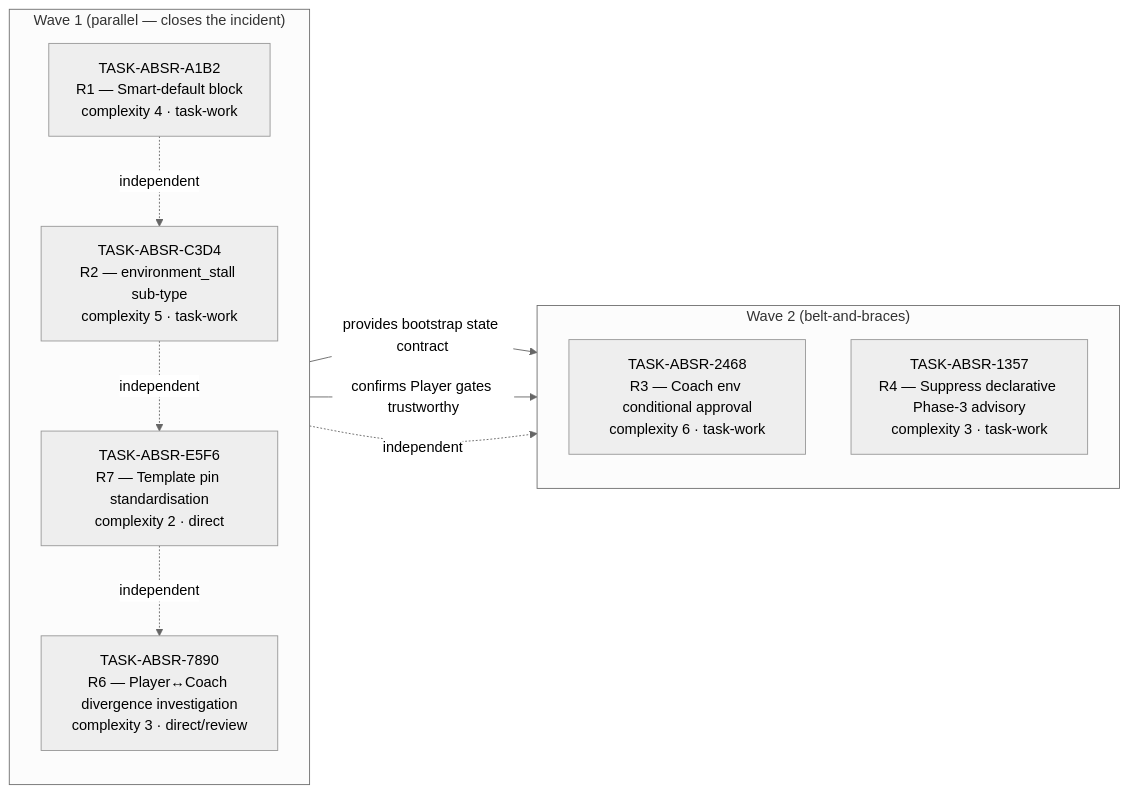
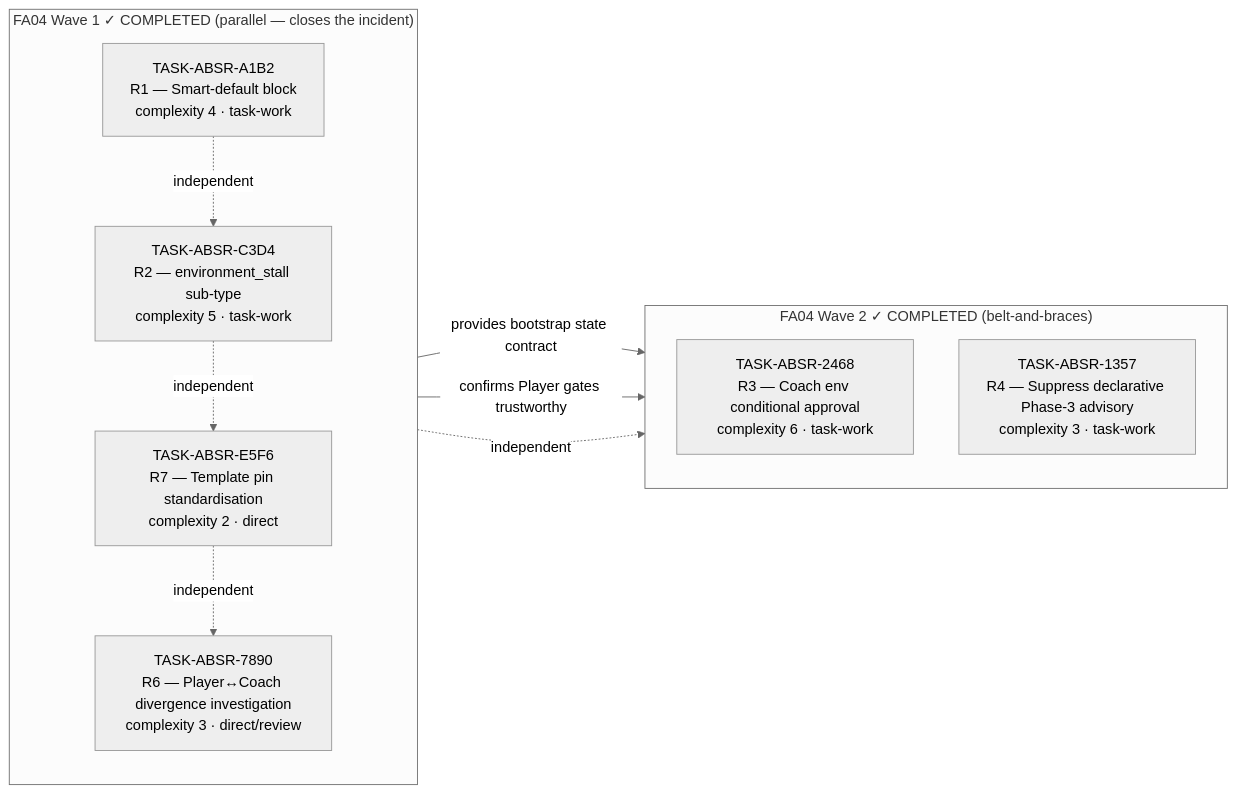
The diagram in tasks/backlog/autobuild-stall-resilience/IMPLEMENTATION-GUIDE.md (guardkit/guardkit), drawn with Mermaid (neutral theme) before and after one commit. The commit also changed other lines of this file and 22 other files, not shown here.

````diff
--- a/tasks/backlog/autobuild-stall-resilience/IMPLEMENTATION-GUIDE.md
+++ b/tasks/backlog/autobuild-stall-resilience/IMPLEMENTATION-GUIDE.md
@@ -13,22 +32,22 @@
 ```mermaid
 flowchart LR
-    subgraph wave1 ["Wave 1 (parallel — closes the incident)"]
+    subgraph wave1 ["FA04 Wave 1 ✓ COMPLETED (parallel — closes the incident)"]
         direction TB
         A1[TASK-ABSR-A1B2<br/>R1 — Smart-default block<br/>complexity 4 · task-work]
         C3[TASK-ABSR-C3D4<br/>R2 — environment_stall sub-type<br/>complexity 5 · task-work]
         E5[TASK-ABSR-E5F6<br/>R7 — Template pin standardisation<br/>complexity 2 · direct]
         N7[TASK-ABSR-7890<br/>R6 — Player↔Coach divergence investigation<br/>complexity 3 · direct/review]
     end
-    subgraph wave2 ["Wave 2 (belt-and-braces)"]
+    subgraph wave2 ["FA04 Wave 2 ✓ COMPLETED (belt-and-braces)"]
         direction TB
         N2[TASK-ABSR-2468<br/>R3 — Coach env conditional approval<br/>complexity 6 · task-work]
         N1[TASK-ABSR-1357<br/>R4 — Suppress declarative Phase-3 advisory<br/>complexity 3 · task-work]
     end
 
     A1 -->|provides bootstrap state contract| N2
     N7 -->|confirms Player gates trustworthy| N2
     A1 -.->|independent| C3
     C3 -.->|independent| E5
     E5 -.->|independent| N7
     A1 -.->|independent| N1
 ```
````
